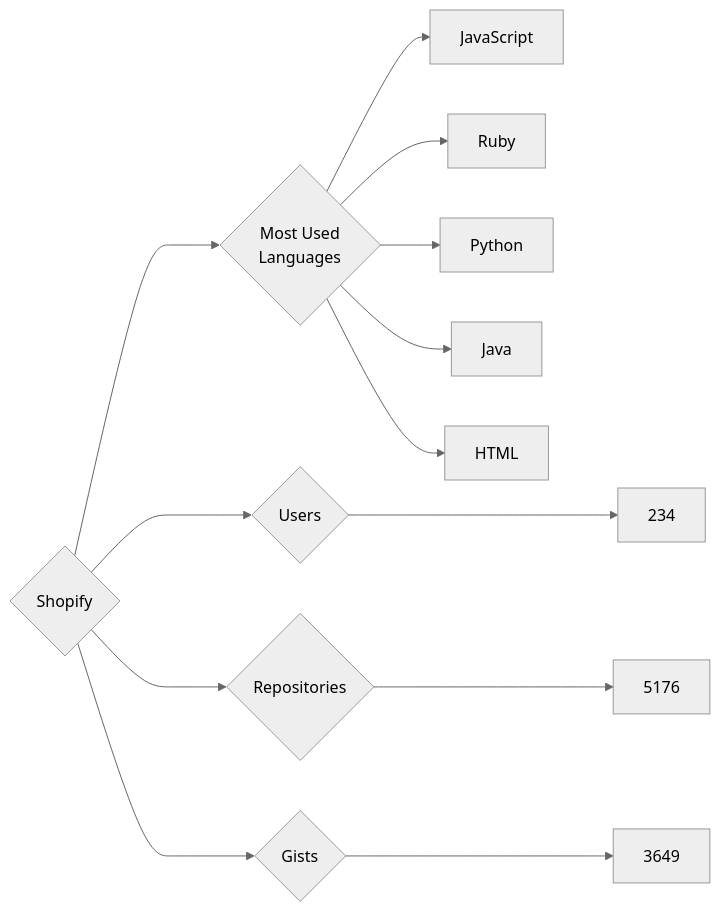
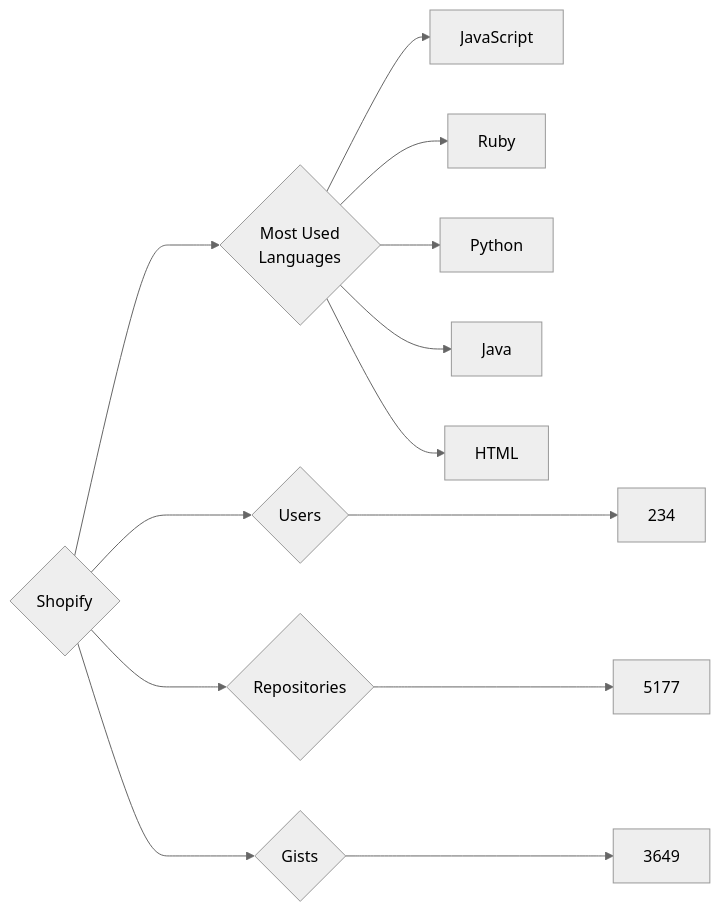
Before and after one commit to trickest/insiders: the diagram in targets/Shopify/README.md, drawn with Mermaid (neutral theme). The commit also changed 920 other files, not shown here.

````diff
--- a/targets/Shopify/README.md
+++ b/targets/Shopify/README.md
@@ -3,13 +3,13 @@
 ```mermaid
 graph LR
 COMPANY_NAME{Shopify}
 COMPANY_NAME ---> U{Users} ---> UN[234]
-COMPANY_NAME ---> R{Repositories} ---> RN[5176]
+COMPANY_NAME ---> R{Repositories} ---> RN[5177]
 COMPANY_NAME ---> G{Gists} ---> GN[3649]
 COMPANY_NAME ---> ML{Most Used<br>Languages}
 ML --> JavaScript[JavaScript]
 ML --> Ruby[Ruby]
 ML --> Python[Python]
 ML --> Java[Java]
 ML --> HTML[HTML]
 ```
````
